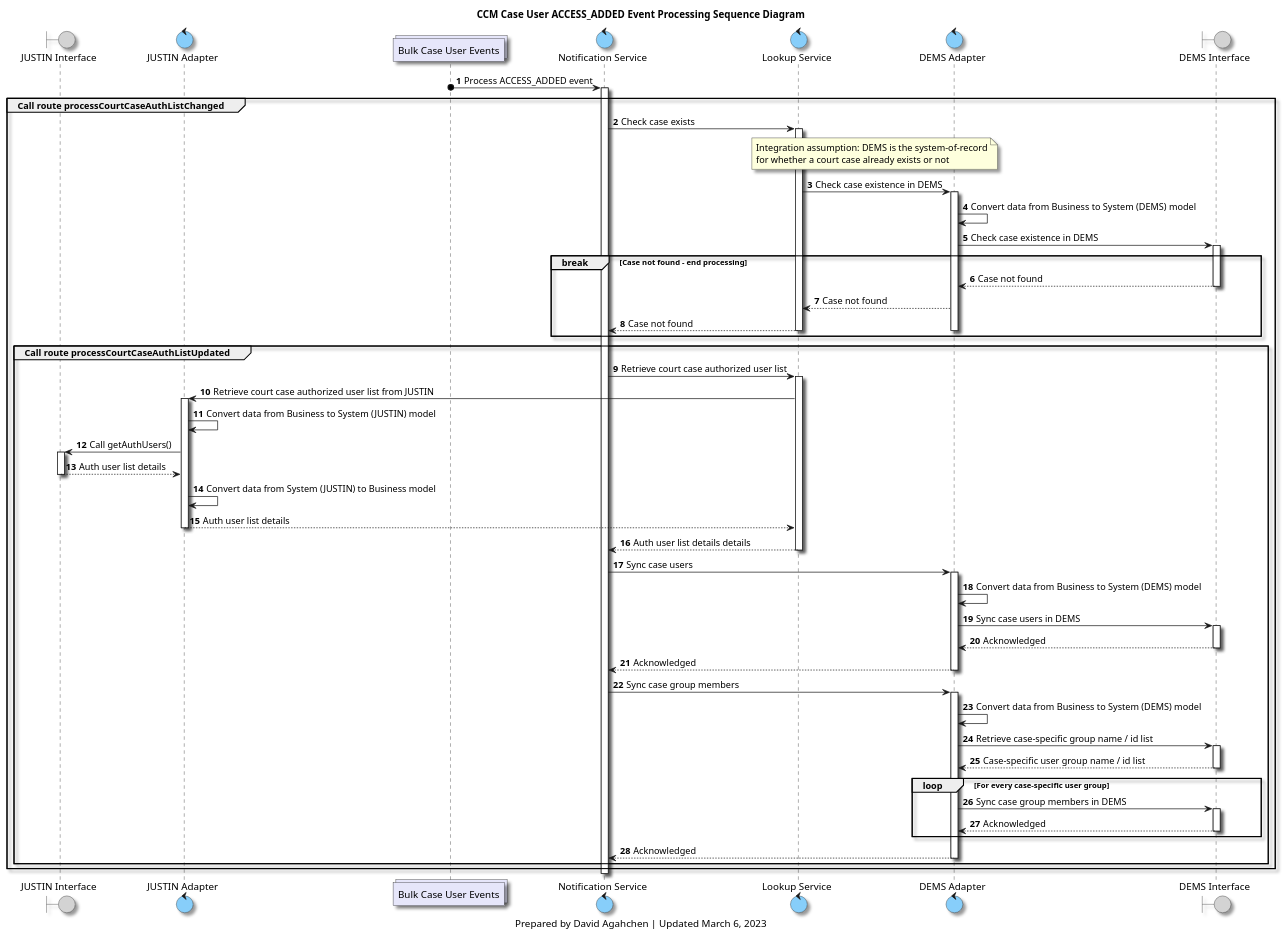
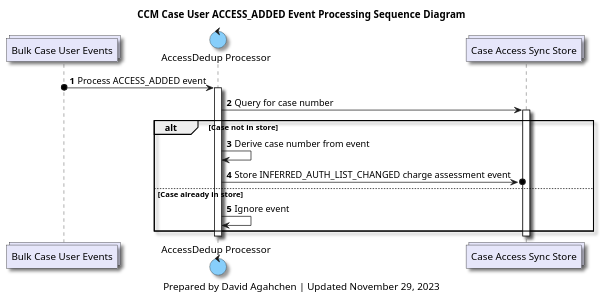
One commit to bcgov/jpss-jade-ccm changed the diagram in diagrams/ccm_case_user_access_added_processing_sequence_diagram.plantuml. Above: the diagram before and after it, drawn with PlantUML. The commit also changed 10 other files, not shown here.

Commit message:
Update diagrams and documentation

```diff
--- a/diagrams/ccm_case_user_access_added_processing_sequence_diagram.plantuml
+++ b/diagrams/ccm_case_user_access_added_processing_sequence_diagram.plantuml
@@ -1,106 +1,43 @@
 @startuml
 'hide footbox
 
 skinparam Shadowing true
 skinparam CollectionsBackgroundColor Lavender
 skinparam ControlBackgroundColor LightSkyBlue
 skinparam BoundaryBackgroundColor LightGrey
 
 /' 
 Available colours
 https://plantuml-documentation.readthedocs.io/en/latest/formatting/color-names.html
 '/
 
-boundary j_interface as "JUSTIN Interface"
-control j_adapter as "JUSTIN Adapter"
 collections bulk_case_users_topic as "Bulk Case User Events"
-control notification_service as "Notification Service"
-control lookup_service as "Lookup Service"
-control d_adapter as "DEMS Adapter"
-boundary d_interface as "DEMS Interface"
+control accessdedup_processor as "AccessDedup Processor"
+collections case_access_sync_store as "Case Access Sync Store"
 
 title
 CCM Case User ACCESS_ADDED Event Processing Sequence Diagram
 end title
 
 autonumber
 
-bulk_case_users_topic o-> notification_service : Process ACCESS_ADDED event
-activate notification_service
+bulk_case_users_topic o-> accessdedup_processor : Process ACCESS_ADDED event
+activate accessdedup_processor
 
-group Call route processCourtCaseAuthListChanged
+accessdedup_processor -> case_access_sync_store: Query for case number
+activate case_access_sync_store
 
-    notification_service -> lookup_service: Check case exists
-    activate lookup_service
-    note over lookup_service, d_adapter
-    Integration assumption: DEMS is the system-of-record
-    for whether a court case already exists or not
-    end note
-    lookup_service -> d_adapter: Check case existence in DEMS
-    activate d_adapter
-    d_adapter -> d_adapter: Convert data from Business to System (DEMS) model
-    d_adapter -> d_interface: Check case existence in DEMS
-    activate d_interface
+alt Case not in store
+    accessdedup_processor -> accessdedup_processor: Derive case number from event
+    accessdedup_processor ->o case_access_sync_store: Store INFERRED_AUTH_LIST_CHANGED charge assessment event
+else Case already in store
+    accessdedup_processor -> accessdedup_processor: Ignore event
+end
+deactivate case_access_sync_store
 
-    break Case not found - end processing
-    d_interface --> d_adapter: Case not found
-    deactivate d_interface
-    d_adapter --> lookup_service: Case not found
-    lookup_service --> notification_service: Case not found
-    deactivate lookup_service
-    deactivate d_adapter
-    end break
-
-    group Call route processCourtCaseAuthListUpdated
-
-        notification_service -> lookup_service: Retrieve court case authorized user list
-        activate lookup_service
-        lookup_service -> j_adapter: Retrieve court case authorized user list from JUSTIN
-
-        activate j_adapter
-        j_adapter -> j_adapter: Convert data from Business to System (JUSTIN) model
-        j_adapter -> j_interface: Call getAuthUsers()
-        activate j_interface
-        j_interface --> j_adapter: Auth user list details
-        deactivate j_interface
-        j_adapter -> j_adapter: Convert data from System (JUSTIN) to Business model
-        j_adapter --> lookup_service: Auth user list details
-        deactivate j_adapter
-
-        lookup_service --> notification_service: Auth user list details details
-        deactivate lookup_service
-
-        notification_service -> d_adapter: Sync case users
-        activate d_adapter
-        d_adapter -> d_adapter: Convert data from Business to System (DEMS) model
-        d_adapter -> d_interface: Sync case users in DEMS
-        activate d_interface
-        d_interface --> d_adapter: Acknowledged
-        deactivate d_interface
-        d_adapter --> notification_service: Acknowledged
-        deactivate d_adapter
-
-        notification_service -> d_adapter: Sync case group members
-        activate d_adapter
-        d_adapter -> d_adapter: Convert data from Business to System (DEMS) model
-        d_adapter -> d_interface: Retrieve case-specific group name / id list
-        activate d_interface
-        d_interface --> d_adapter: Case-specific user group name / id list
-        deactivate d_interface
-        loop For every case-specific user group
-            d_adapter -> d_interface: Sync case group members in DEMS
-            activate d_interface
-            d_interface --> d_adapter: Acknowledged
-            deactivate d_interface
-        end
-        d_adapter --> notification_service: Acknowledged
-        deactivate d_adapter
-    end group
-end group
-
-deactivate notification_service
+deactivate accessdedup_processor
 
 caption
-Prepared by David Agahchen | Updated March 6, 2023
+Prepared by David Agahchen | Updated November 29, 2023
 end caption
 @enduml
```
